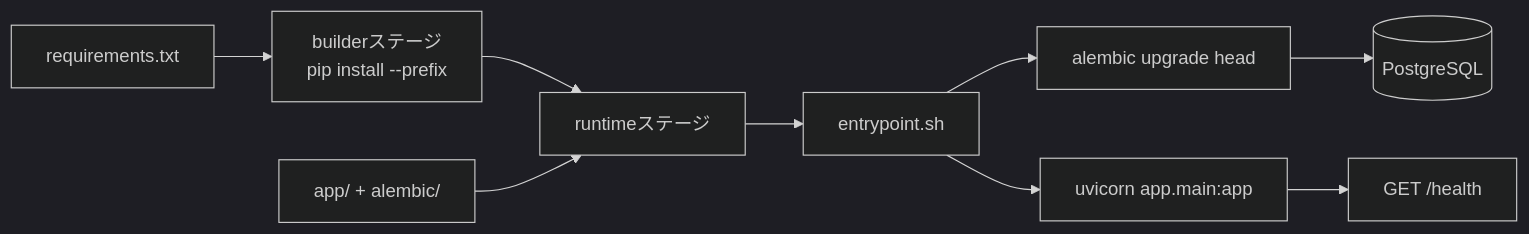
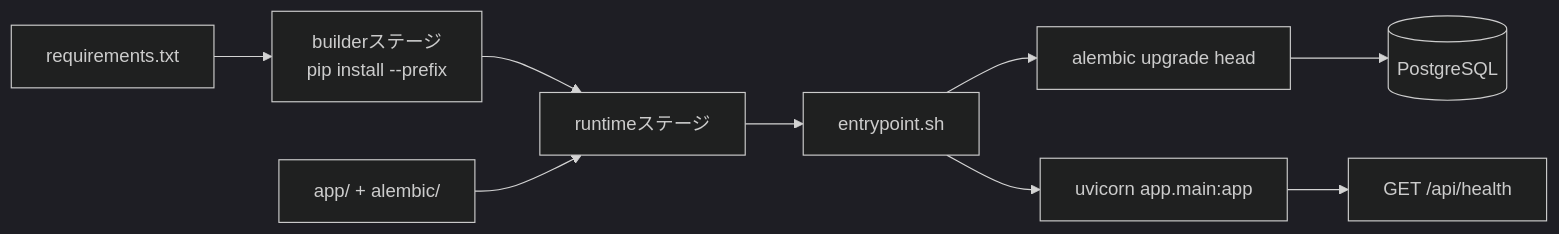
One commit to oikawa-d/task_management changed the fifth of 5 diagrams in detailed_design/infra/02_dockerfile_api.md. Above: the diagram before and after it, drawn with Mermaid (dark theme). The commit also changed other lines of this file and 14 other files, not shown here.

````diff
--- a/detailed_design/infra/02_dockerfile_api.md
+++ b/detailed_design/infra/02_dockerfile_api.md
@@ -167,11 +167,11 @@
 ```mermaid
 flowchart LR
     REQ["requirements.txt"] --> BUILDER["builderステージ<br/>pip install --prefix"]
     BUILDER --> RUNTIME["runtimeステージ"]
     APPCODE["app/ + alembic/"] --> RUNTIME
     RUNTIME --> ENTRY["entrypoint.sh"]
     ENTRY --> ALEMBIC["alembic upgrade head"]
     ALEMBIC --> PG[("PostgreSQL")]
     ENTRY --> UVICORN["uvicorn app.main:app"]
-    UVICORN --> HEALTH["GET /health"]
+    UVICORN --> HEALTH["GET /api/health"]
 ```
````
